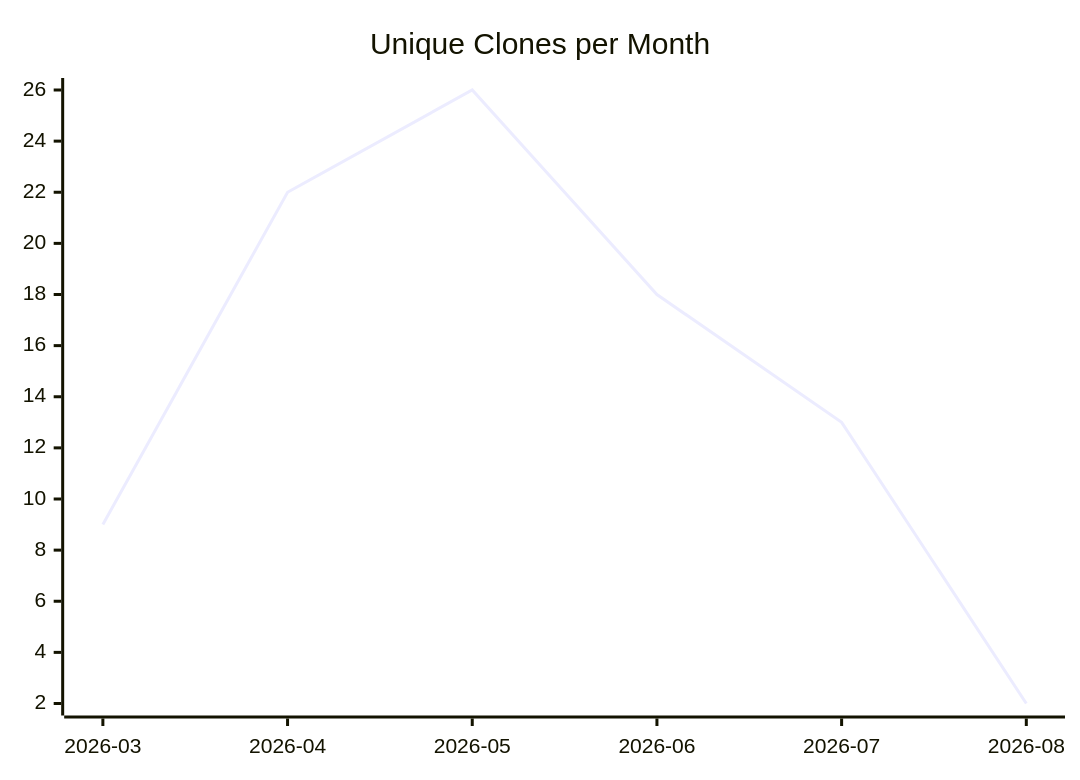
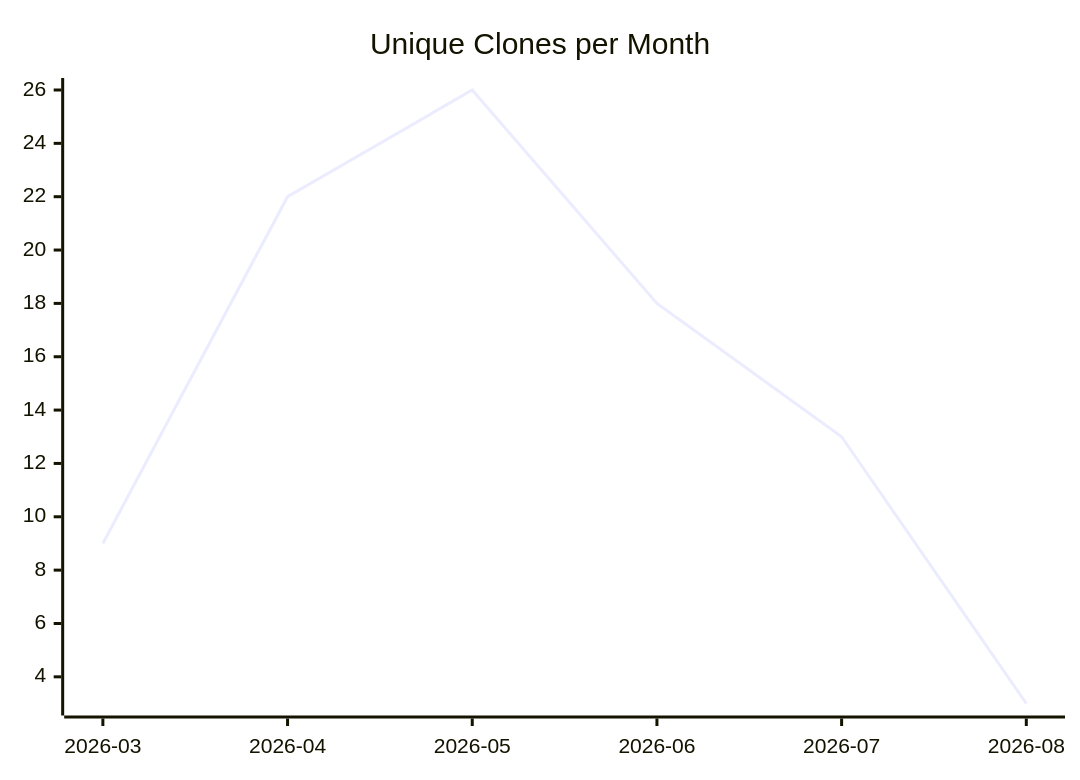
Before and after one commit to justdavis-family/github-analytics-data: the third of 3 diagrams in karlmdavis/lego-ev3dev-rs/README.md, drawn with Mermaid. The commit also changed other lines of this file and 190 other files, not shown here.

````diff
--- a/karlmdavis/lego-ev3dev-rs/README.md
+++ b/karlmdavis/lego-ev3dev-rs/README.md
@@ -19,6 +19,6 @@
 ```mermaid
 xychart-beta
   title "Unique Clones per Month"
   x-axis ["2026-03", "2026-04", "2026-05", "2026-06", "2026-07", "2026-08"]
-  line [9, 22, 26, 18, 13, 2]
+  line [9, 22, 26, 18, 13, 3]
 ```
````
